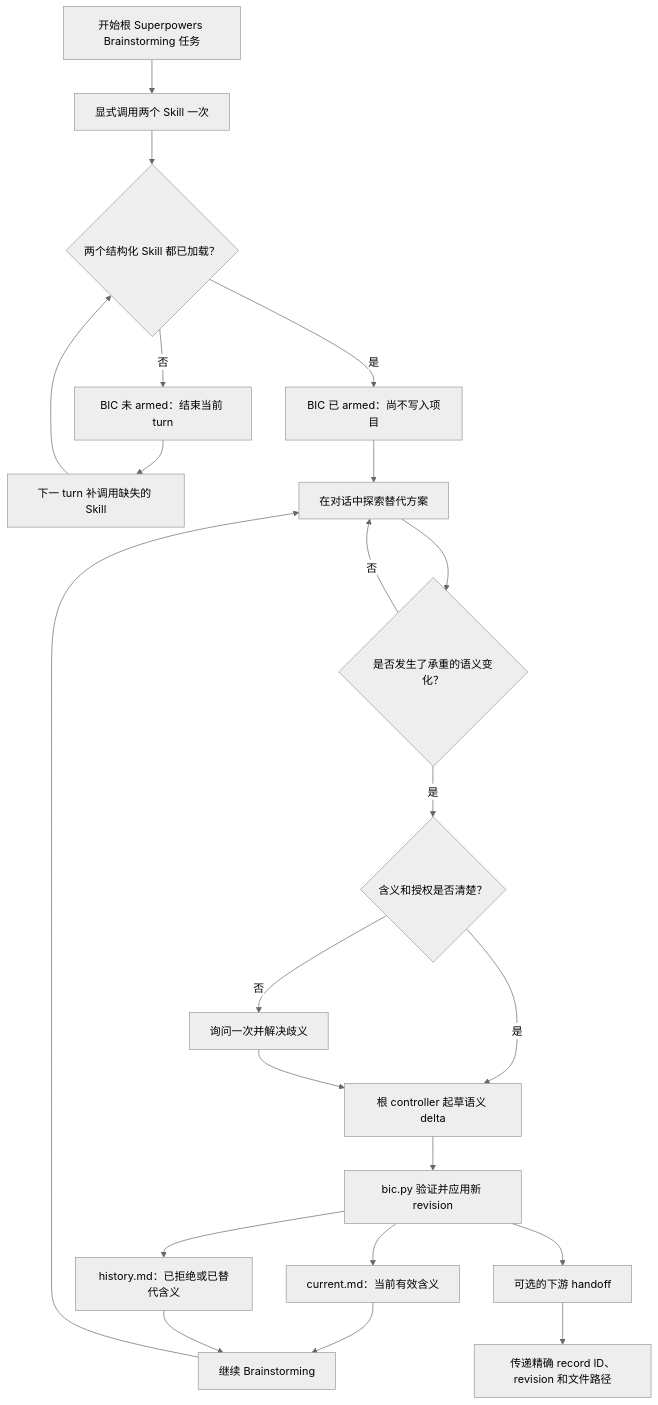
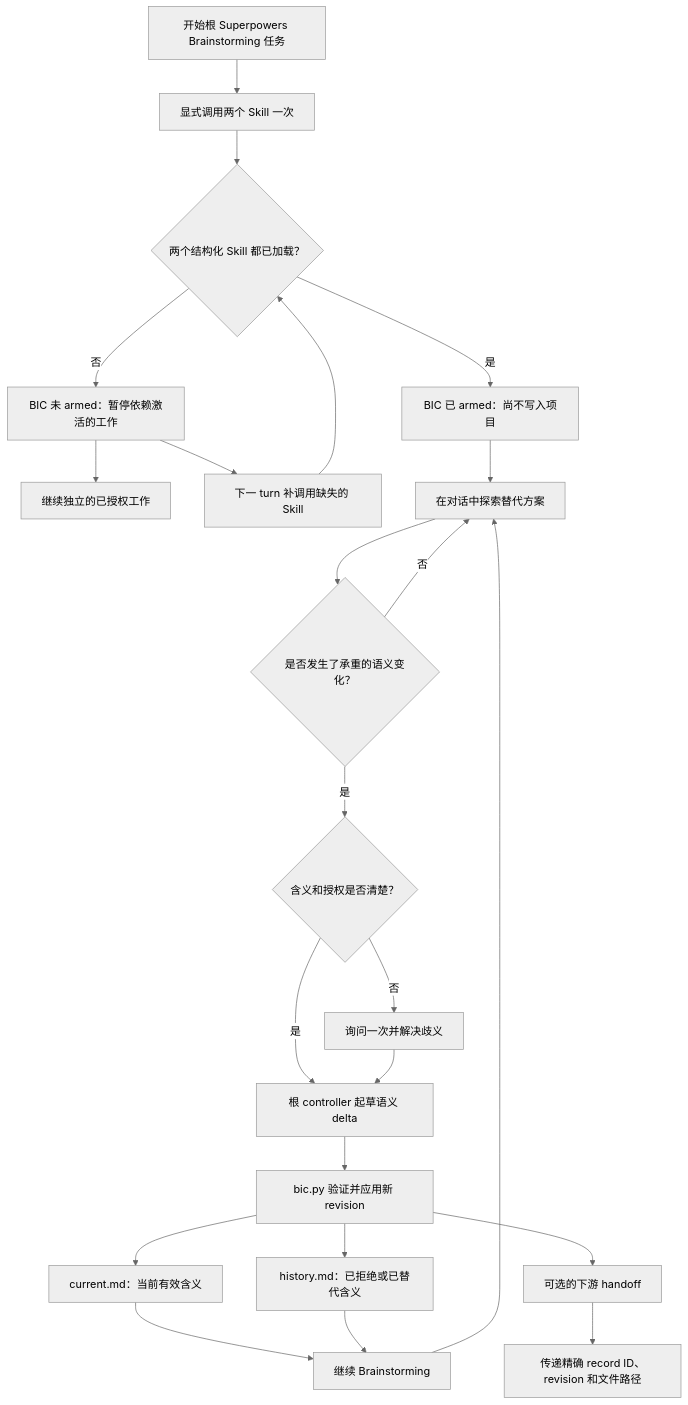
One commit to GentleJinqi/Brainstorming-Intent-Continuity changed the first of 3 diagrams in README.zh-CN.md. Above: the diagram before and after it, drawn with Mermaid (neutral theme). The commit also changed other lines of this file and 8 other files, not shown here.

````diff
--- a/README.zh-CN.md
+++ b/README.zh-CN.md
@@ -157,24 +158,25 @@
 ```mermaid
 flowchart TD
     A["开始根 Superpowers Brainstorming 任务"] --> B["显式调用两个 Skill 一次"]
     B --> C{"两个结构化 Skill 都已加载？"}
-    C -->|"否"| C0["BIC 未 armed：结束当前 turn"]
+    C -->|"否"| C0["BIC 未 armed：暂停依赖激活的工作"]
+    C0 --> C2["继续独立的已授权工作"]
     C0 --> C1["下一 turn 补调用缺失的 Skill"]
     C1 --> C
     C -->|"是"| D["BIC 已 armed：尚不写入项目"]
     D --> E0["在对话中探索替代方案"]
     E0 --> E{"是否发生了承重的语义变化？"}
     E -->|"否"| E0
     E -->|"是"| F{"含义和授权是否清楚？"}
     F -->|"否"| G["询问一次并解决歧义"]
     F -->|"是"| H["根 controller 起草语义 delta"]
     G --> H
     H --> I["bic.py 验证并应用新 revision"]
     I --> J["current.md：当前有效含义"]
     I --> K["history.md：已拒绝或已替代含义"]
     J --> L["继续 Brainstorming"]
     K --> L
     L --> E0
     I --> M["可选的下游 handoff"]
     M --> N["传递精确 record ID、revision 和文件路径"]
 ```
````
